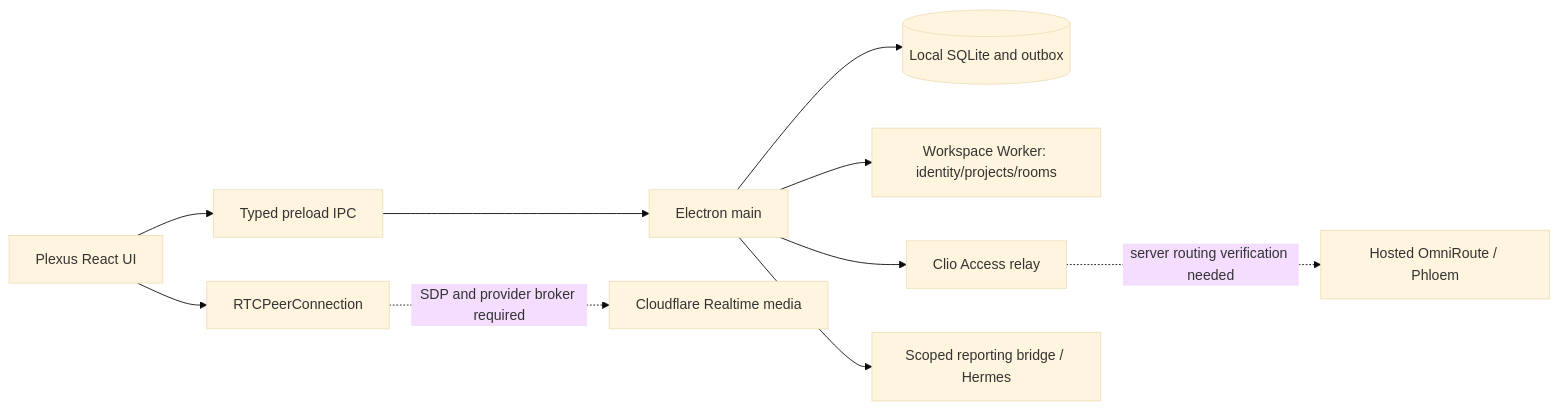
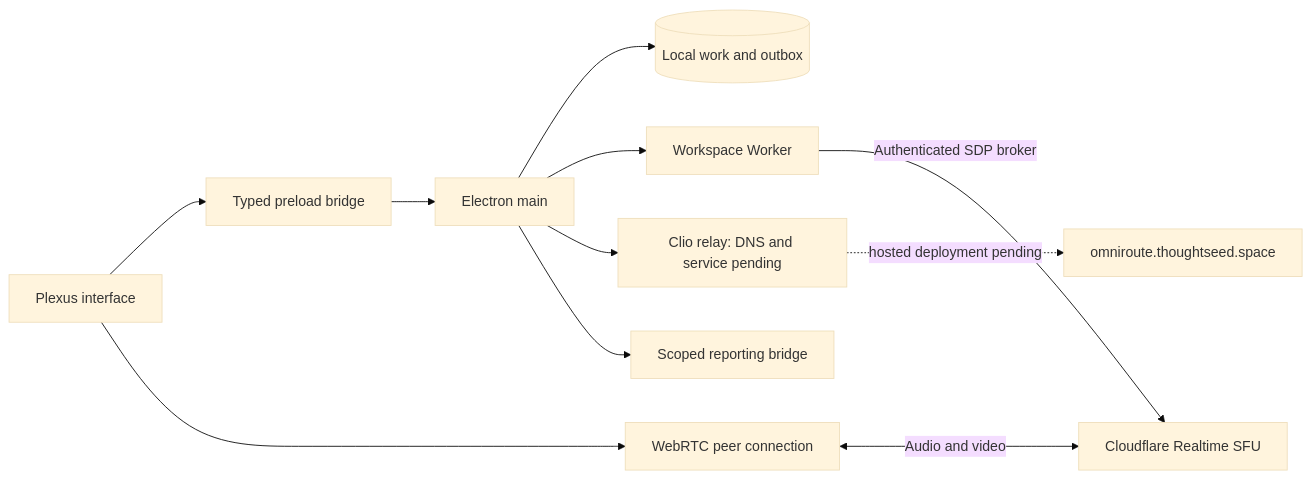
One commit to Sheshiyer/plexus-ts changed the diagram in docs/PLEXUS_PHLOEM_CALLING_REVIEW.md. Above: the diagram before and after it, drawn with Mermaid (base theme). The commit also changed other lines of this file and 3 other files, not shown here.

````diff
--- a/docs/PLEXUS_PHLOEM_CALLING_REVIEW.md
+++ b/docs/PLEXUS_PHLOEM_CALLING_REVIEW.md
@@ -18,12 +25,13 @@
 ```mermaid
 flowchart LR
-  UI[Plexus React UI] --> IPC[Typed preload IPC]
+  UI[Plexus interface] --> IPC[Typed preload bridge]
   IPC --> Main[Electron main]
-  Main --> SQLite[(Local SQLite and outbox)]
-  Main --> Worker[Workspace Worker: identity/projects/rooms]
-  Main --> Relay[Clio Access relay]
-  Relay -. server routing verification needed .-> Phloem[Hosted OmniRoute / Phloem]
-  UI --> RTC[RTCPeerConnection]
-  RTC -. SDP and provider broker required .-> SFU[Cloudflare Realtime media]
-  Main --> Hermes[Scoped reporting bridge / Hermes]
+  Main --> Local[(Local work and outbox)]
+  Main --> Worker[Workspace Worker]
+  Main --> Relay[Clio relay: DNS and service pending]
+  Relay -. hosted deployment pending .-> Phloem[omniroute.thoughtseed.space]
+  UI --> RTC[WebRTC peer connection]
+  Worker -->|Authenticated SDP broker| SFU[Cloudflare Realtime SFU]
+  RTC <-->|Audio and video| SFU
+  Main --> Hermes[Scoped reporting bridge]
 ```
````
